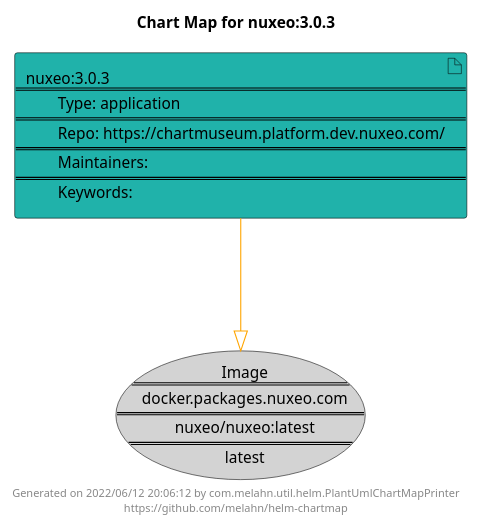
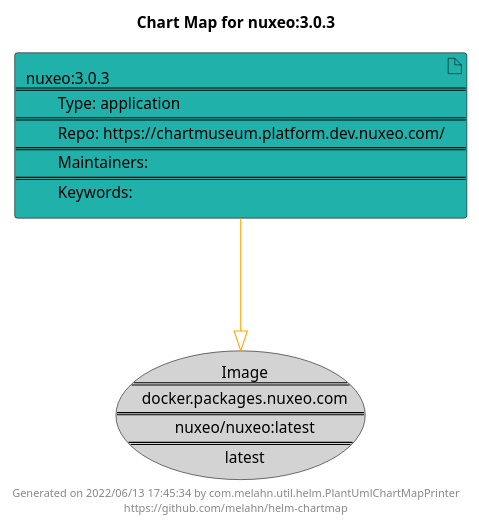
The diagram in docs/nuxeo/nuxeo-3.0.3.puml (melahn/helm-chartmap), drawn with PlantUML before and after one commit. The commit also changed 59 other files, not shown here.

Commit message:
Update Example Chart Maps as part of GitHub build

```diff
--- a/docs/nuxeo/nuxeo-3.0.3.puml
+++ b/docs/nuxeo/nuxeo-3.0.3.puml
@@ -1,21 +1,21 @@
 @startuml
 skinparam linetype ortho
 skinparam backgroundColor white
 skinparam usecaseBorderColor black
 skinparam usecaseArrowColor LightSlateGray
 skinparam artifactBorderColor black
 skinparam artifactArrowColor LightSlateGray
 
 title Chart Map for nuxeo:3.0.3
 
 'There is one referenced Helm Chart
 artifact "nuxeo:3.0.3\n====\n\tType: application\n====\n\tRepo: https://chartmuseum.platform.dev.nuxeo.com/\n====\n\tMaintainers: \n====\n\tKeywords: " as nuxeo_3_0_3 #LightSeaGreen
 
 'There is one referenced Docker Image
 usecase "Image\n====\ndocker.packages.nuxeo.com\n====\nnuxeo/nuxeo:latest\n====\nlatest" as docker_packages_nuxeo_com_nuxeo_nuxeo_latest #LightGray
 
 'Chart Dependencies
 nuxeo_3_0_3--[#orange]-|>docker_packages_nuxeo_com_nuxeo_nuxeo_latest
 
-center footer Generated on 2022/06/12 20:06:12 by com.melahn.util.helm.PlantUmlChartMapPrinter\nhttps://github.com/melahn/helm-chartmap
+center footer Generated on 2022/06/13 17:45:34 by com.melahn.util.helm.PlantUmlChartMapPrinter\nhttps://github.com/melahn/helm-chartmap
 @enduml
```
